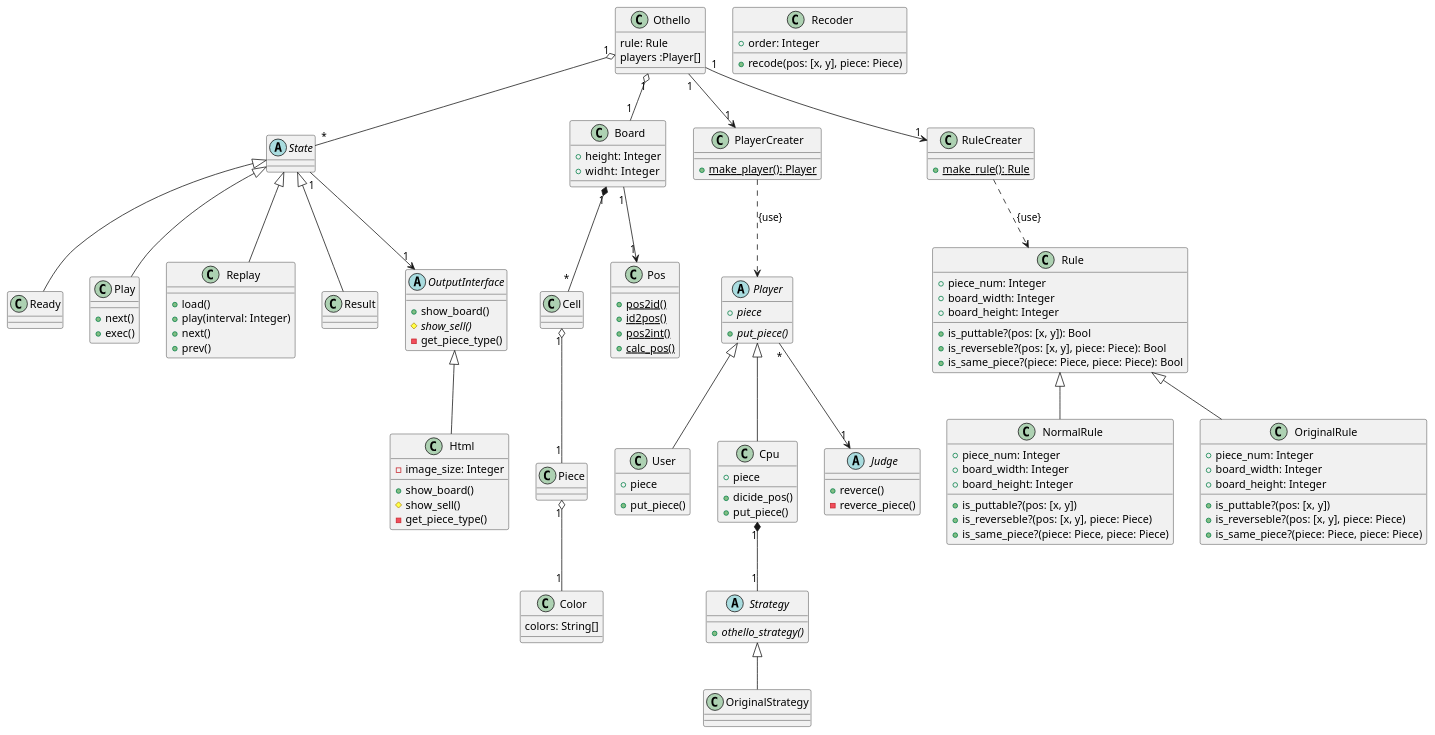
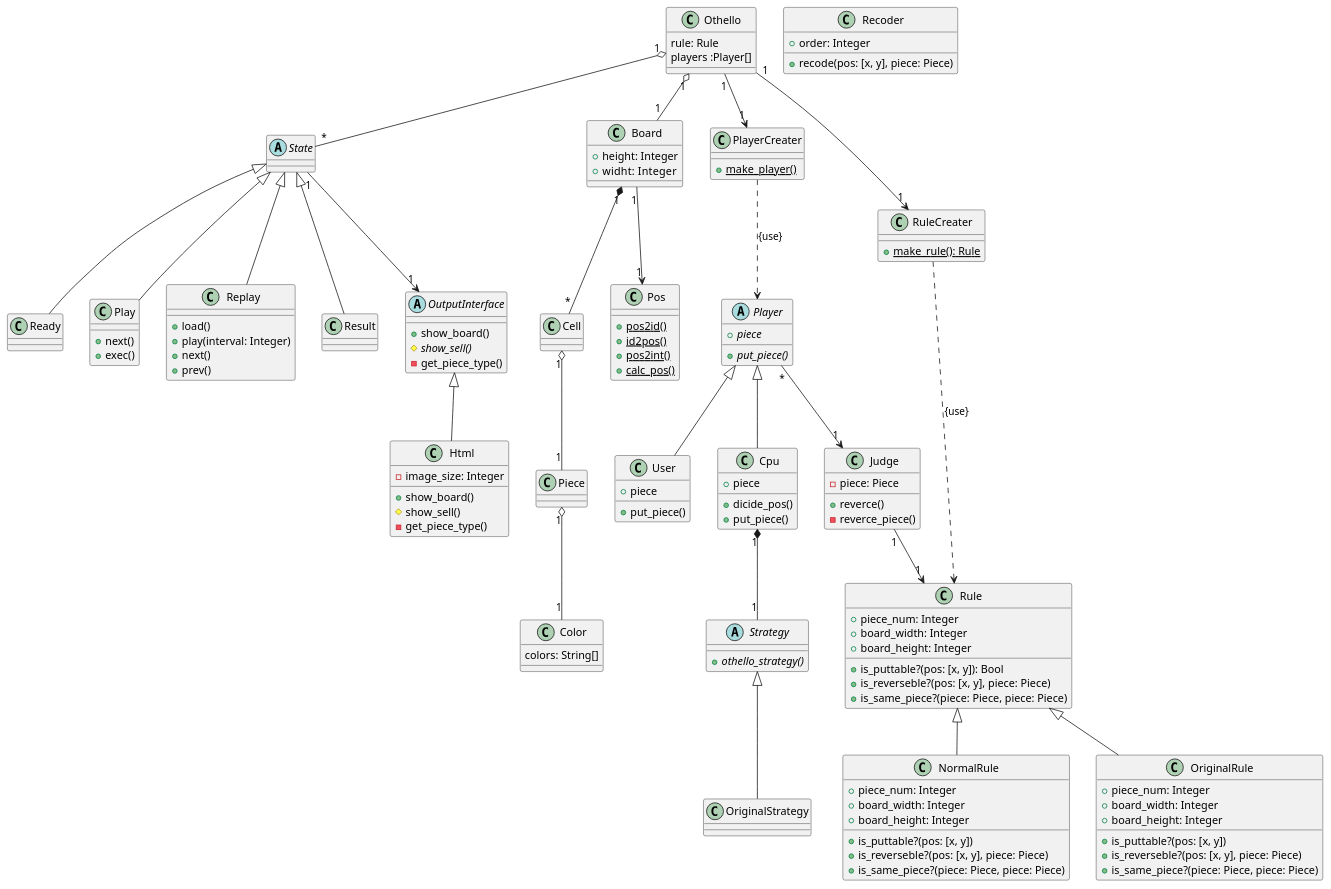
The diagram in uml/othello.pu (MaxMEllon/AppBox), drawn with PlantUML before and after one commit. The commit also changed 1 other file, not shown here.

Commit message:
edit: uml

```diff
--- a/uml/othello.pu
+++ b/uml/othello.pu
@@ -1,179 +1,182 @@
 @startuml{othello.png}
 
 class Othello {
   rule: Rule
   players :Player[]
 }
 
 abstract State {
 }
 
 class Board {
   +height: Integer
   +widht:  Integer
 }
 
 class Cell {
 }
 
 class Piece {
 }
 
 class Piece {
 }
 
 class Color {
   colors: String[]
 }
 
 class Pos {
   +{static} pos2id()
   +{static} id2pos()
   +{static} pos2int()
   +{static} calc_pos()
 }
 
 class Ready {
 }
 
 class Play {
   +next()
   +exec()
 }
 
 class Replay {
   +load()
   +play(interval: Integer)
   +next()
   +prev()
 }
 
 class Result {
 }
 
 ' Outputinterface {{{
 abstract OutputInterface {
   +show_board()
   #{abstract} show_sell()
   -get_piece_type()
 }
 
 class Html {
   -image_size: Integer
 
   +show_board()
   #show_sell()
   -get_piece_type()
 }
 ' }}}
 
 ' Player {{{
 abstract Player {
   +{abstract} piece
   +{abstract} put_piece()
 }
 
 class User {
   +piece
   +put_piece()
 }
 
 class Cpu {
   +piece
   +dicide_pos()
   +put_piece()
 }
 
 abstract Strategy {
   +{abstract} othello_strategy()
 }
 class OriginalStrategy {
 
 }
 
 class PlayerCreater {
-  +{static} make_player(): Player
+  +{static} make_player()
 }
 ' }}}
 
-abstract Judge {
+class Judge {
+  -piece: Piece
   +reverce()
   -reverce_piece()
 }
 
 ' Rule {{{
 class Rule {
   +piece_num: Integer
   +board_width: Integer
   +board_height: Integer
 
   +is_puttable?(pos: [x, y]): Bool
-  +is_reverseble?(pos: [x, y], piece: Piece): Bool
-  +is_same_piece?(piece: Piece, piece: Piece): Bool
+  +is_reverseble?(pos: [x, y], piece: Piece)
+  +is_same_piece?(piece: Piece, piece: Piece)
 }
 
 class NormalRule {
   +piece_num: Integer
   +board_width: Integer
   +board_height: Integer
 
   +is_puttable?(pos: [x, y])
   +is_reverseble?(pos: [x, y], piece: Piece)
   +is_same_piece?(piece: Piece, piece: Piece)
 }
 
 class OriginalRule {
   +piece_num: Integer
   +board_width: Integer
   +board_height: Integer
 
   +is_puttable?(pos: [x, y])
   +is_reverseble?(pos: [x, y], piece: Piece)
   +is_same_piece?(piece: Piece, piece: Piece)
 }
 
 class Recoder {
   +order: Integer
   +recode(pos: [x, y], piece: Piece)
 }
 
 class RuleCreater {
   +{static} make_rule(): Rule
 }
 
 ' }}}
 
 ' 関連 {{{
 Othello "1" o-- "*" State
 Othello "1" o-- "1" Board
 Othello "1" --> "1" PlayerCreater
 Othello "1" --> "1" RuleCreater
 
 State <|-- Ready
 State <|-- Play
 State <|-- Replay
 State <|-- Result
 
 State "1" --> "1" OutputInterface
 
 Board "1" --> "1" Pos
 Board "1" *-- "*" Cell
 
 RuleCreater ..> Rule : {use}
 Rule <|-- NormalRule
 Rule <|-- OriginalRule
 
 PlayerCreater ..> Player : {use}
 Player <|-- User
 Player <|-- Cpu
 Player "*" --> "1" Judge
+
+Judge "1" --> "1" Rule
 Cpu "1" *-- "1" Strategy
 Strategy <|-- OriginalStrategy
 
 Cell  "1" o-- "1" Piece
 Piece "1" o-- "1" Color
 
 OutputInterface <|-- Html
 ' }}}
 
 @enduml
```
